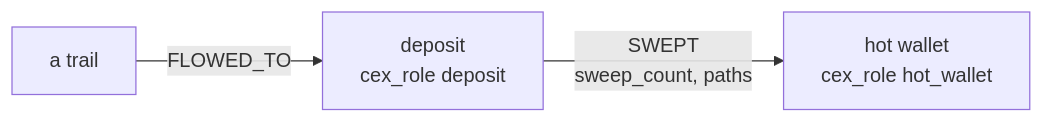
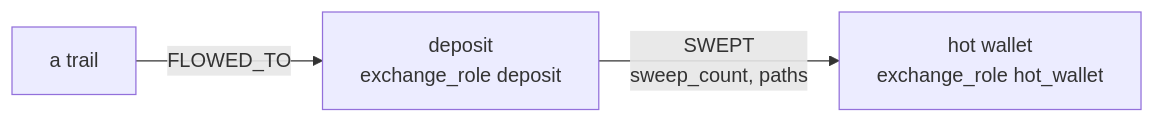
The second of 3 diagrams in docs/mcp-proxy.md (chainswarm/chain-insights), drawn with Mermaid before and after one commit. The commit also changed other lines of this file and 61 other files, not shown here.

First line of the commit message:
chain-insights-exchange-role: 0.87.0, tools return exchange_role and read both names (#588)

````diff
--- a/docs/mcp-proxy.md
+++ b/docs/mcp-proxy.md
@@ -262,5 +262,5 @@
 ```mermaid
 flowchart LR
-    T["a trail"] -->|"FLOWED_TO"| D["deposit<br/>cex_role deposit"]
-    D -->|"SWEPT<br/>sweep_count, paths"| H["hot wallet<br/>cex_role hot_wallet"]
+    T["a trail"] -->|"FLOWED_TO"| D["deposit<br/>exchange_role deposit"]
+    D -->|"SWEPT<br/>sweep_count, paths"| H["hot wallet<br/>exchange_role hot_wallet"]
 ```
````
